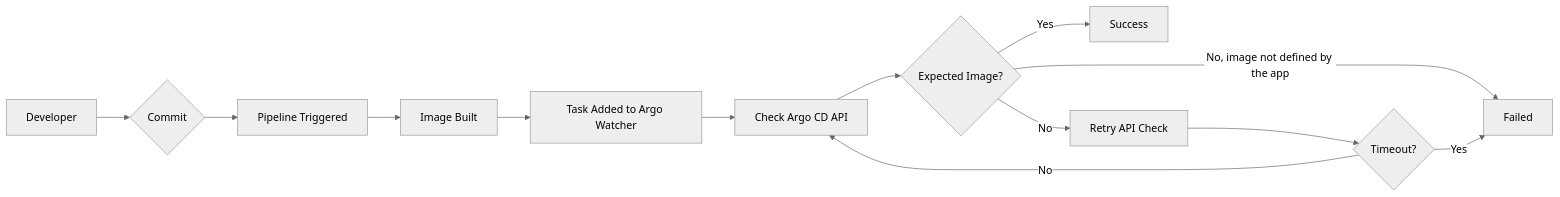
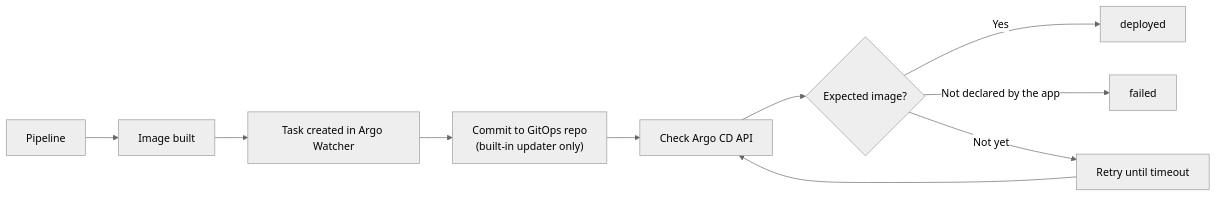
Before and after one commit to shini4i/argo-watcher: the diagram in docs/getting-started/concepts.md, drawn with Mermaid (neutral theme). The commit also changed other lines of this file and 25 other files, not shown here.

````diff
--- a/docs/getting-started/concepts.md
+++ b/docs/getting-started/concepts.md
@@ -54,15 +45,12 @@
 ```mermaid
 graph LR
-    Dev[Developer] --> Commit{Commit}
-    Commit --> Pipeline[Pipeline Triggered]
-    Pipeline --> Docker[Image Built]
-    Docker --> Task[Task Added to Argo Watcher]
-    Task --> Check[Check Argo CD API]
-    Check --> Decision{Expected Image?}
-    Decision -->|Yes| Success[Success]
-    Decision -->|No, image not defined by the app| Failed
-    Decision -->|No| Retry[Retry API Check]
-    Retry --> Timeout{Timeout?}
-    Timeout -->|Yes| Failed[Failed]
-    Timeout -->|No| Check
+    Pipeline[Pipeline] --> Docker[Image built]
+    Docker --> Task[Task created in Argo Watcher]
+    Task --> Update["Commit to GitOps repo<br/>(built-in updater only)"]
+    Update --> Check[Check Argo CD API]
+    Check --> Decision{Expected image?}
+    Decision -->|Yes| Success[deployed]
+    Decision -->|Not declared by the app| Failed[failed]
+    Decision -->|Not yet| Retry[Retry until timeout]
+    Retry --> Check
 ```
````
